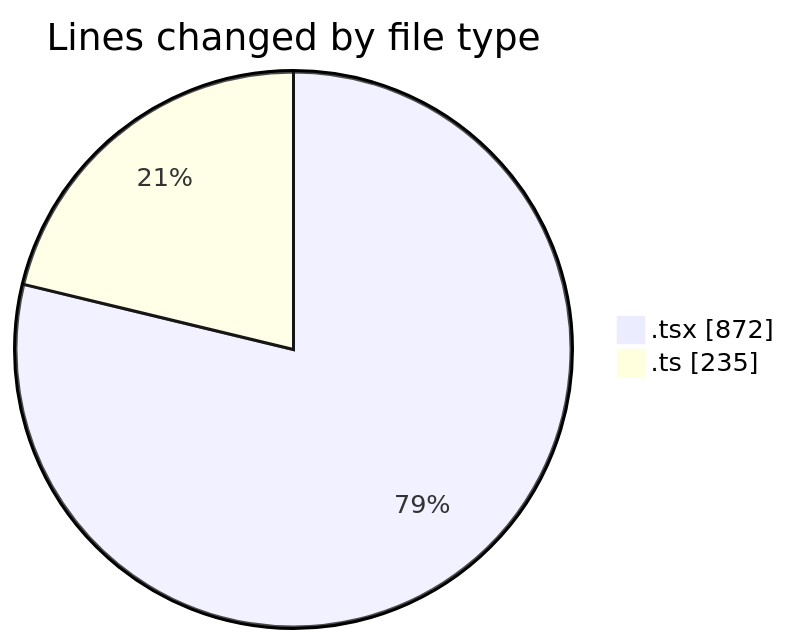
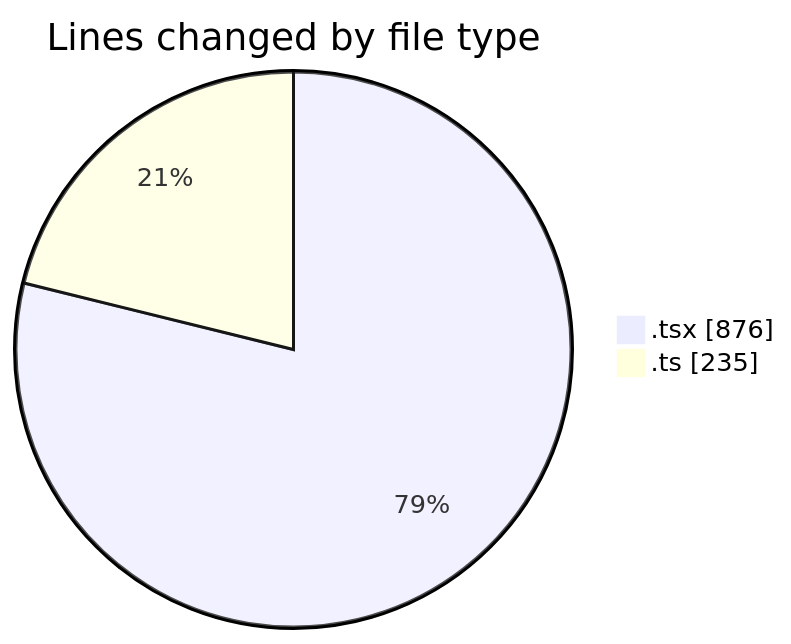
One commit to momahboobian/code-tracking changed the first of 2 diagrams in 2025-09-15/cda/README.md. Above: the diagram before and after it, drawn with Mermaid. The commit also changed other lines of this file and 1 other file, not shown here.

````diff
--- a/2025-09-15/cda/README.md
+++ b/2025-09-15/cda/README.md
@@ -22,6 +22,6 @@
 ```mermaid
 pie showData
 title Lines changed by file type
-".tsx" : 872
+".tsx" : 876
 ".ts" : 235
 ```
````
